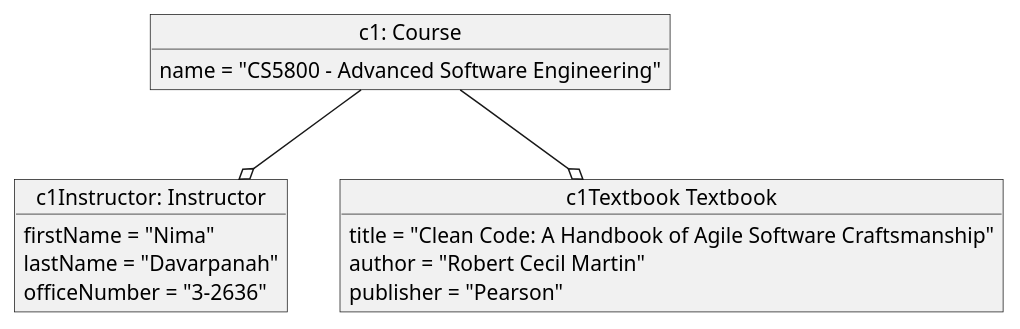
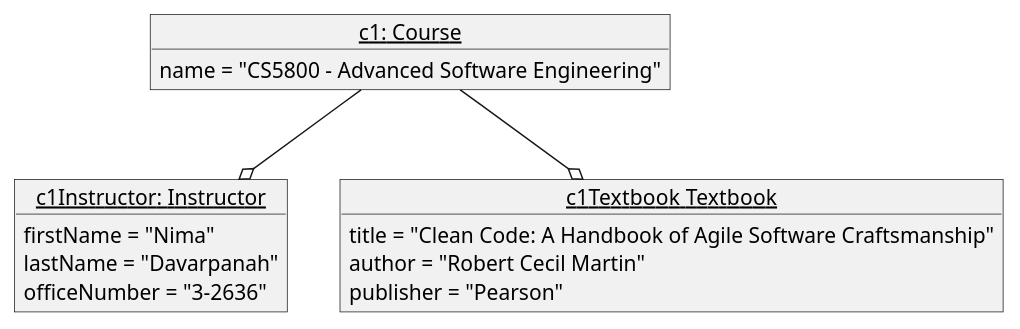
One commit to adenletchworth/Software-Engineering-Submissions changed the diagram in HW3/Object Diagrams/CourseObjectUML.plantuml. Above: the diagram before and after it, drawn with PlantUML. The commit also changed 5 other files, not shown here.

Commit message:
fix: Add underline for object diagram names

```diff
--- a/HW3/Object Diagrams/CourseObjectUML.plantuml
+++ b/HW3/Object Diagrams/CourseObjectUML.plantuml
@@ -1,21 +1,21 @@
 @startuml CourseObject
 
-object "c1: Course" as c1 {
+object "<u>c1: Course</u>" as c1 {
   name = "CS5800 - Advanced Software Engineering"
 }
 
-object "c1Instructor: Instructor" as c1Instructor {
+object "<u>c1Instructor: Instructor</u>" as c1Instructor {
   firstName = "Nima"
   lastName = "Davarpanah"
   officeNumber = "3-2636"
 }
 
-object "c1Textbook Textbook" as c1Textbook {
+object "<u>c1Textbook Textbook</u>" as c1Textbook {
   title = "Clean Code: A Handbook of Agile Software Craftsmanship"
   author = "Robert Cecil Martin"
   publisher = "Pearson"
 }
 
 c1 --o c1Instructor
 c1 --o c1Textbook
 @enduml
```
